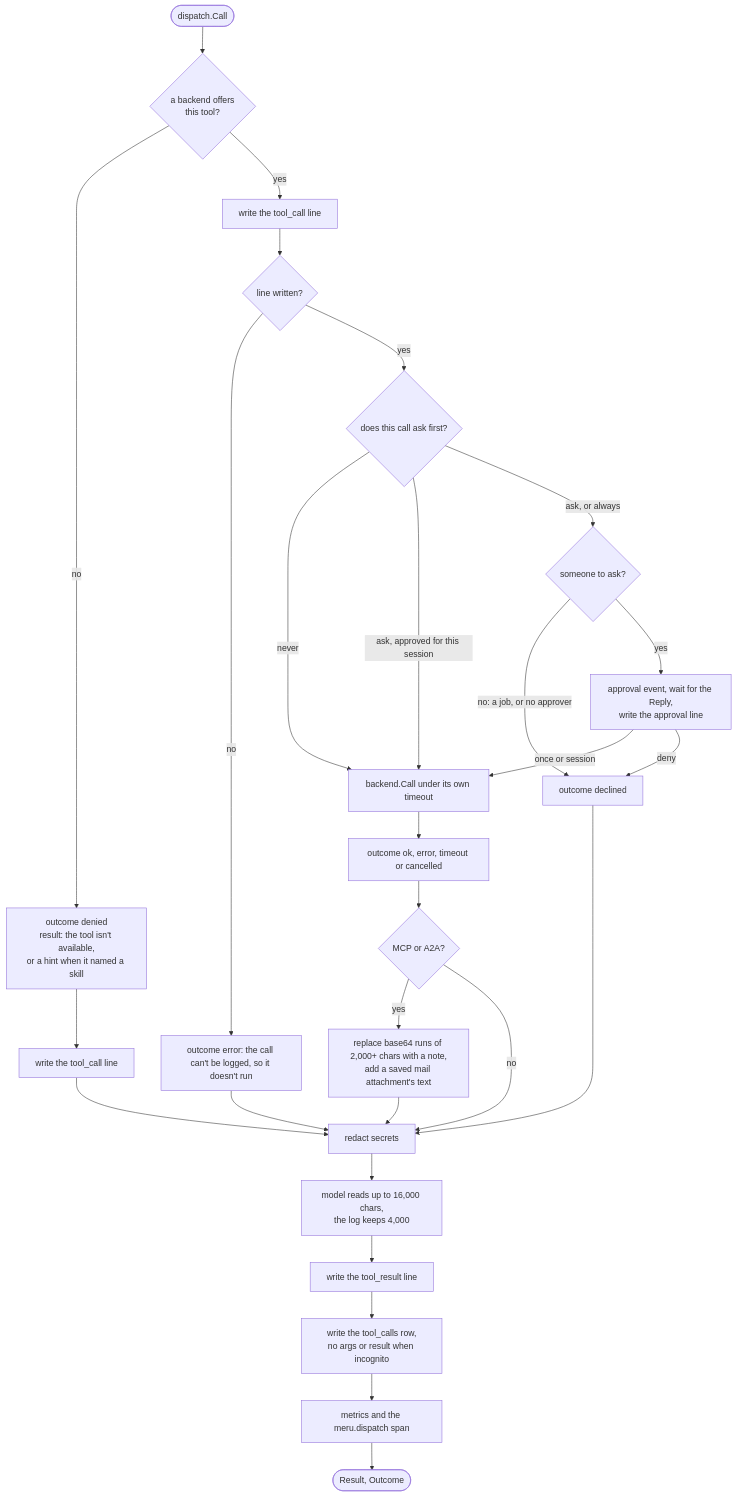
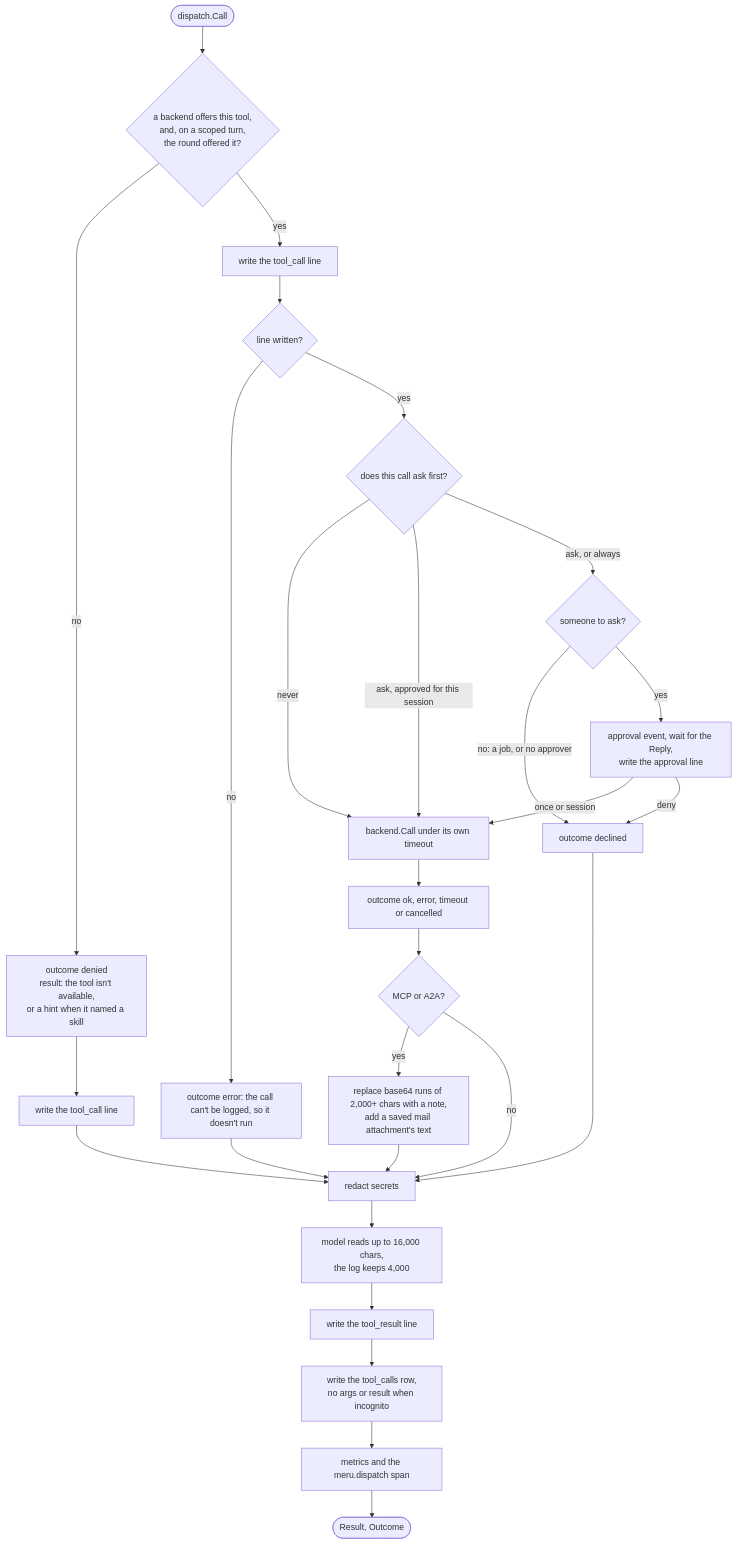
Before and after one commit to aarora79/meru: the sixth of 7 diagrams in docs/architecture/harness.md, drawn with Mermaid. The commit also changed other lines of this file and 14 other files, not shown here.

First line of the commit message:
Fence a scoped turn's tools, and drop the unused commands note

````diff
--- a/docs/architecture/harness.md
+++ b/docs/architecture/harness.md
@@ -692,30 +706,30 @@
 ```mermaid
 flowchart TD
-    in([dispatch.Call]) --> find{a backend offers<br/>this tool?}
+    in([dispatch.Call]) --> find{a backend offers this tool,<br/>and, on a scoped turn,<br/>the round offered it?}
     find -- no --> denied[outcome denied<br/>result: the tool isn't available,<br/>or a hint when it named a skill]
     find -- yes --> tc[write the tool_call line]
     denied --> tcd[write the tool_call line]
     tc --> ok1{line written?}
     ok1 -- no --> err1[outcome error: the call can't be logged, so it doesn't run]
     ok1 -- yes --> conf{does this call ask first?}
     conf -- never --> run
     conf -- ask, approved for this session --> run
     conf -- ask, or always --> who{someone to ask?}
     who -- "no: a job, or no approver" --> declined[outcome declined]
     who -- yes --> appr[approval event, wait for the Reply,<br/>write the approval line]
     appr -- once or session --> run[backend.Call under its own timeout]
     appr -- deny --> declined
     run --> res[outcome ok, error, timeout or cancelled]
     res --> mcpa{MCP or A2A?}
     mcpa -- yes --> b64[replace base64 runs of 2,000+ chars with a note,<br/>add a saved mail attachment's text]
     mcpa -- no --> red
     b64 --> red[redact secrets]
     tcd --> red
     err1 --> red
     declined --> red
     red --> cut[model reads up to 16,000 chars,<br/>the log keeps 4,000]
     cut --> tr[write the tool_result line]
     tr --> row[write the tool_calls row,<br/>no args or result when incognito]
     row --> met[metrics and the meru.dispatch span]
     met --> out([Result, Outcome])
 ```
````
